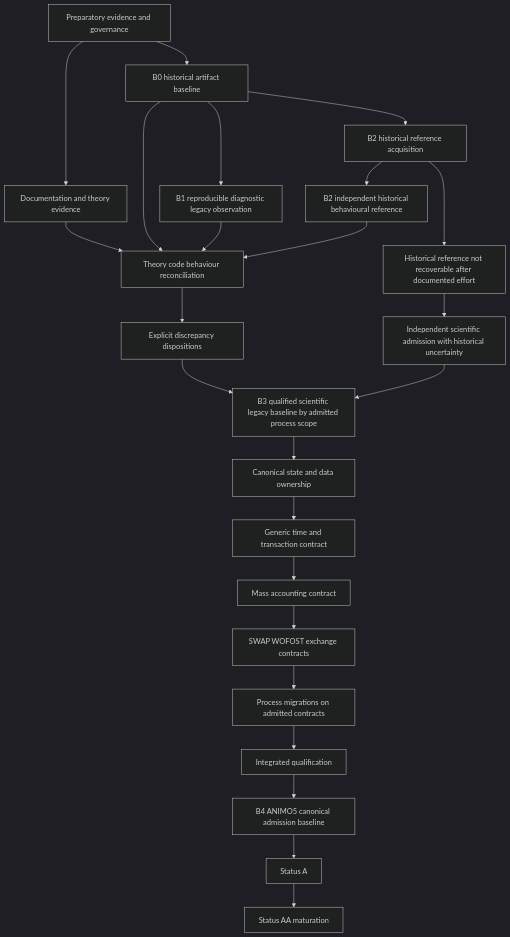
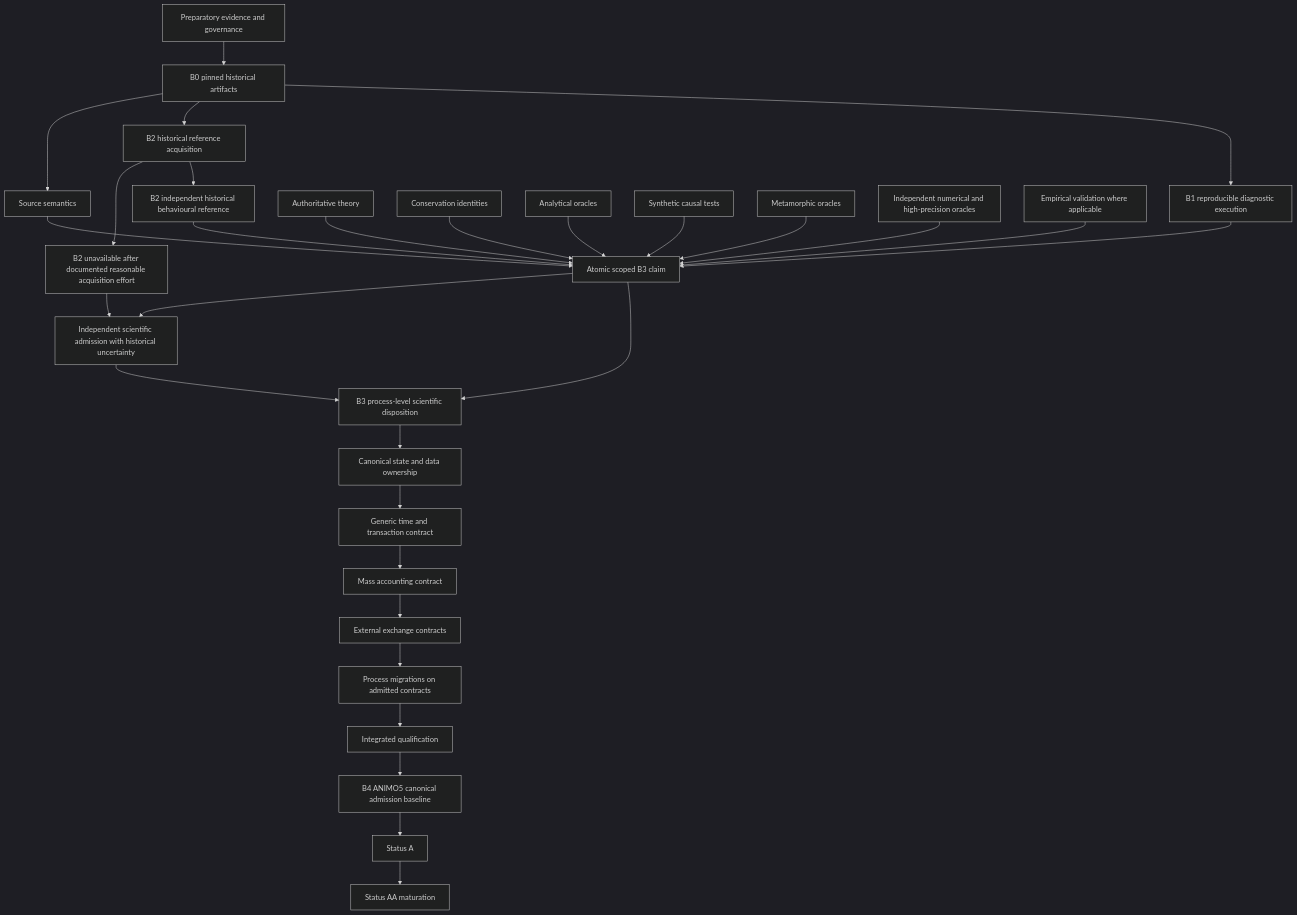
The diagram in docs/governance/MIGRATION_DAG.md (abhedwig-cell/ANIMO5), drawn with Mermaid (dark theme) before and after one commit. The commit also changed other lines of this file, not shown here.

Commit message:
docs(GOV02): reconcile migration evidence DAG and B2 gate scope

````diff
--- a/docs/governance/MIGRATION_DAG.md
+++ b/docs/governance/MIGRATION_DAG.md
@@ -11,47 +9,64 @@
 ```mermaid
 flowchart TD
     P1[Preparatory evidence and governance]
-    B0[B0 historical artifact baseline]
-    D0[Documentation and theory evidence]
-    B1[B1 reproducible diagnostic legacy observation]
+    B0[B0 pinned historical artifacts]
+    B1[B1 reproducible diagnostic execution]
     B2A[B2 historical reference acquisition]
     B2[B2 independent historical behavioural reference]
-    B2F[Historical reference not recoverable after documented effort]
-    TH[Theory code behaviour reconciliation]
-    DISP[Explicit discrepancy dispositions]
-    FBACK[Independent scientific admission with historical uncertainty]
-    B3[B3 qualified scientific legacy baseline by admitted process scope]
+    B2F[B2 unavailable after documented reasonable acquisition effort]
+
+    SRC[Source semantics]
+    THR[Authoritative theory]
+    CONS[Conservation identities]
+    ANA[Analytical oracles]
+    SYN[Synthetic causal tests]
+    META[Metamorphic oracles]
+    NUM[Independent numerical and high-precision oracles]
+    EMP[Empirical validation where applicable]
+
+    CLAIM[Atomic scoped B3 claim]
+    HU[Independent scientific admission with historical uncertainty]
+    B3[B3 process-level scientific disposition]
     STATE[Canonical state and data ownership]
     TIME[Generic time and transaction contract]
     MASS[Mass accounting contract]
-    EX[SWAP WOFOST exchange contracts]
+    EX[External exchange contracts]
     PROC[Process migrations on admitted contracts]
     INT[Integrated qualification]
     B4[B4 ANIMO5 canonical admission baseline]
     A[Status A]
     AA[Status AA maturation]
 
     P1 --> B0
-    P1 --> D0
     B0 --> B1
     B0 --> B2A
-    D0 --> TH
-    B0 --> TH
-    B1 --> TH
     B2A --> B2
-    B2 --> TH
     B2A --> B2F
-    B2F --> FBACK
-    TH --> DISP
-    DISP --> B3
-    FBACK --> B3
+
+    B0 --> SRC
+    B1 --> CLAIM
+    SRC --> CLAIM
+    THR --> CLAIM
+    CONS --> CLAIM
+    ANA --> CLAIM
+    SYN --> CLAIM
+    META --> CLAIM
+    NUM --> CLAIM
+    EMP --> CLAIM
+    B2 --> CLAIM
+
+    B2F --> HU
+    CLAIM --> B3
+    CLAIM --> HU
+    HU --> B3
+
     B3 --> STATE
     STATE --> TIME
     TIME --> MASS
     MASS --> EX
     EX --> PROC
     PROC --> INT
     INT --> B4
     B4 --> A
     A --> AA
 ```
````
